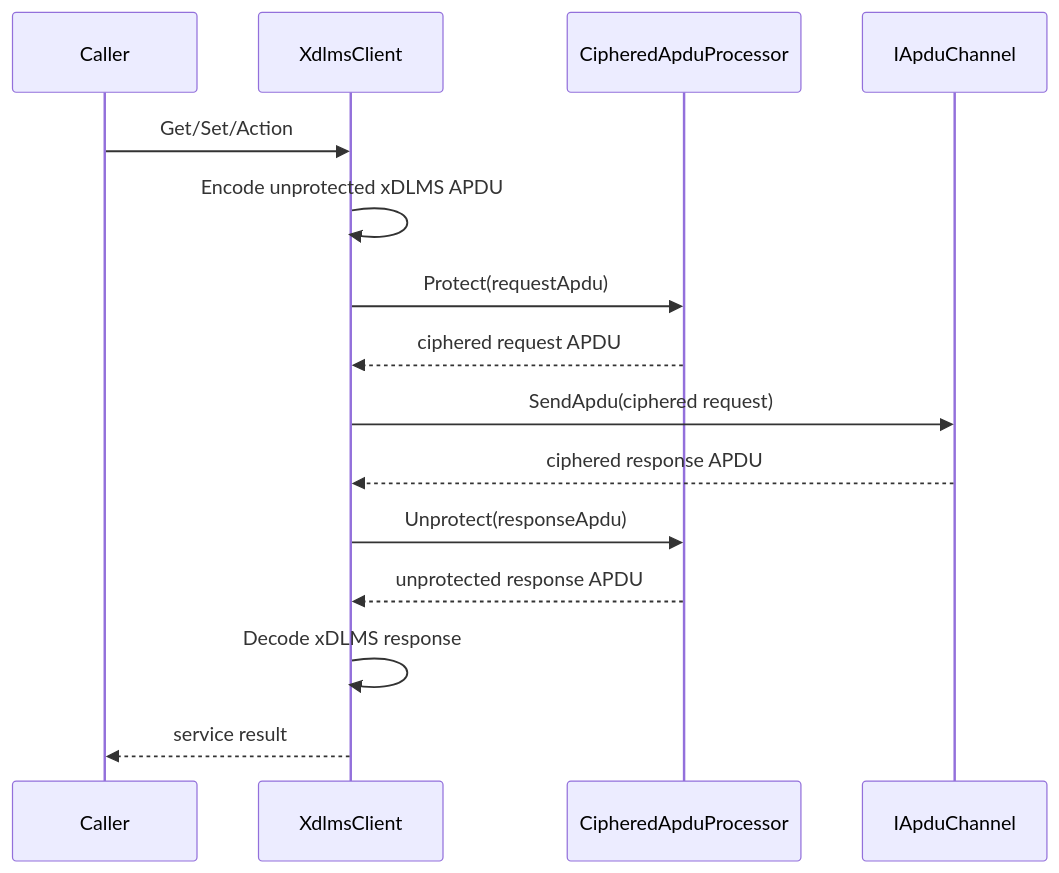
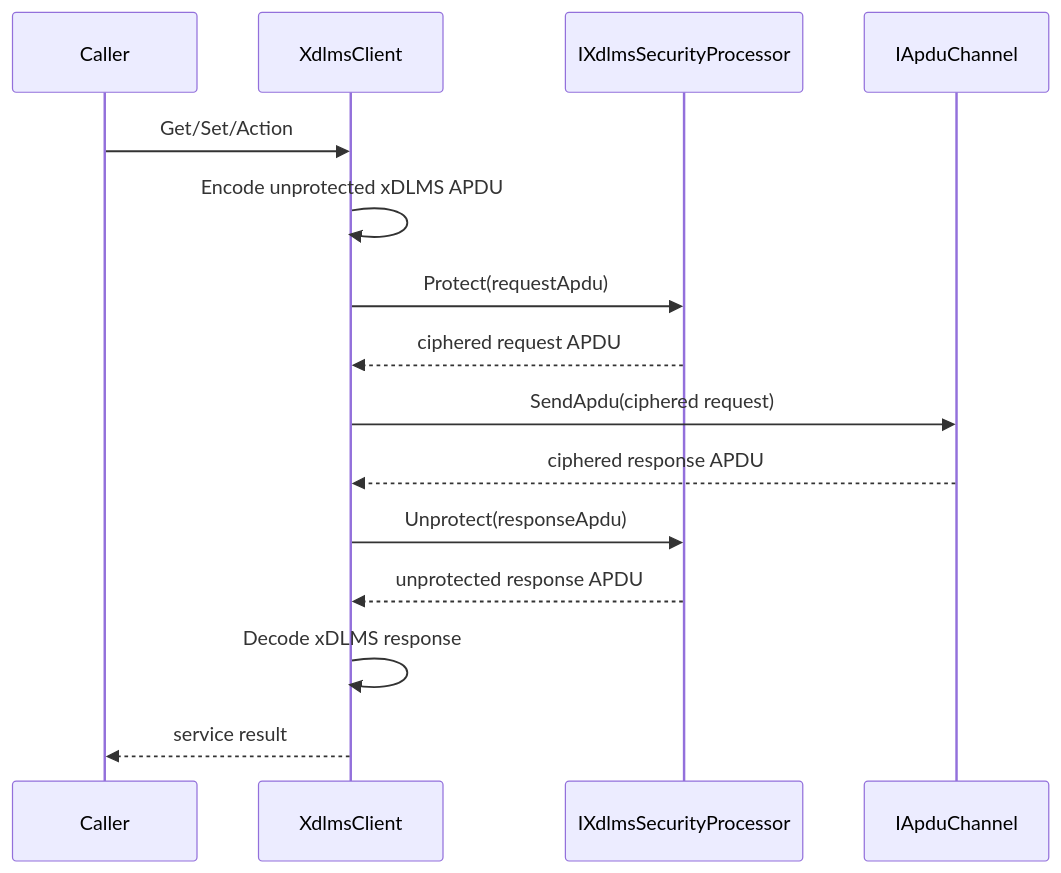
One commit to gvtret/dlms-xdlms changed the eighth of 14 diagrams in docs/architecture.md. Above: the diagram before and after it, drawn with Mermaid. The commit also changed other lines of this file and 10 other files, not shown here.

First line of the commit message:
feat(xdlms): add abstract security processor port

````diff
--- a/docs/architecture.md
+++ b/docs/architecture.md
@@ -188,18 +188,18 @@
 ```mermaid
 sequenceDiagram
   participant App as Caller
   participant Client as XdlmsClient
-  participant Security as CipheredApduProcessor
+  participant Security as IXdlmsSecurityProcessor
   participant Channel as IApduChannel
 
   App->>Client: Get/Set/Action
   Client->>Client: Encode unprotected xDLMS APDU
   Client->>Security: Protect(requestApdu)
   Security-->>Client: ciphered request APDU
   Client->>Channel: SendApdu(ciphered request)
   Channel-->>Client: ciphered response APDU
   Client->>Security: Unprotect(responseApdu)
   Security-->>Client: unprotected response APDU
   Client->>Client: Decode xDLMS response
   Client-->>App: service result
 ```
````
